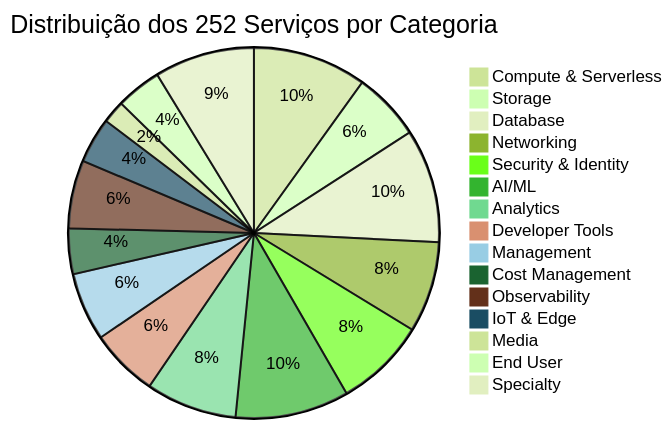
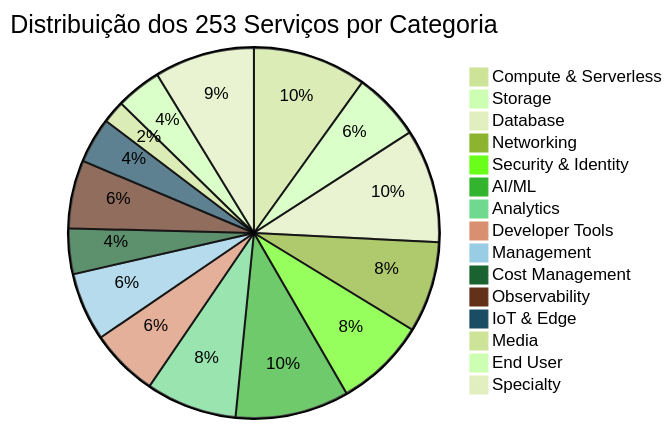
The fourth of 17 diagrams in docs/FUNCTIONAL_GUIDE.md (FELIPEACASTRO/finops-aws-bdr), drawn with Mermaid (forest theme) before and after one commit. The commit also changed other lines of this file and 10 other files, not shown here.

````diff
--- a/docs/FUNCTIONAL_GUIDE.md
+++ b/docs/FUNCTIONAL_GUIDE.md
@@ -208,18 +208,18 @@
 ```mermaid
-pie title Distribuição dos 252 Serviços por Categoria
+pie title Distribuição dos 253 Serviços por Categoria
     "Compute & Serverless" : 25
     "Storage" : 15
     "Database" : 25
     "Networking" : 20
     "Security & Identity" : 20
     "AI/ML" : 25
     "Analytics" : 20
     "Developer Tools" : 15
     "Management" : 15
     "Cost Management" : 10
     "Observability" : 15
     "IoT & Edge" : 10
     "Media" : 5
     "End User" : 10
     "Specialty" : 22
 ```
````
